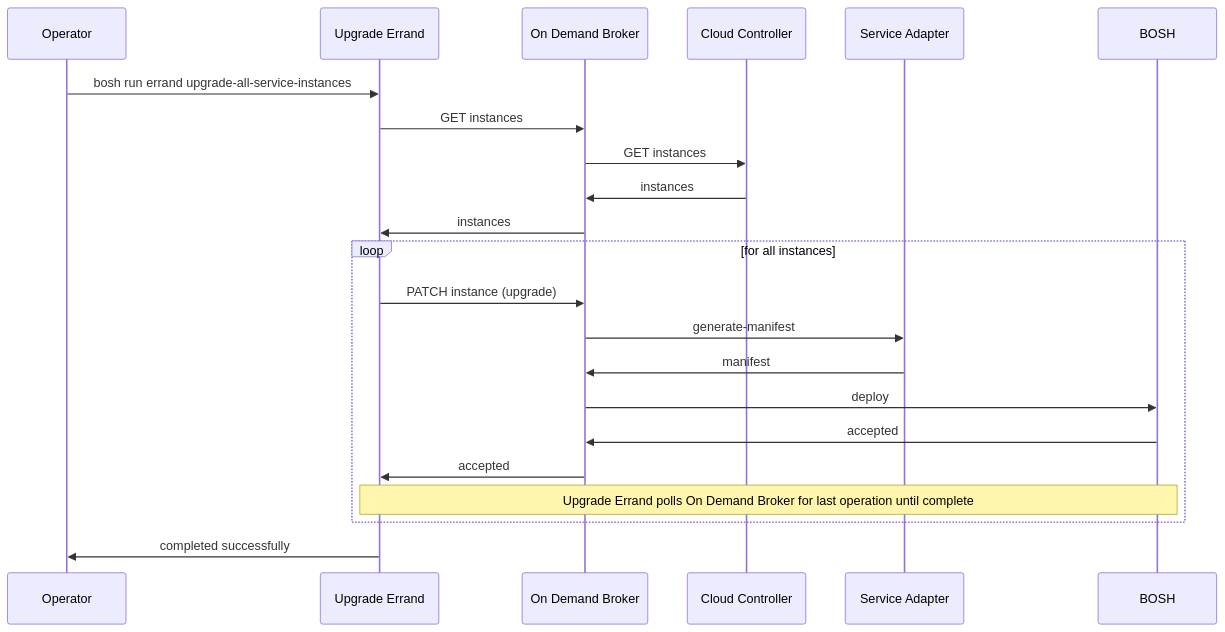
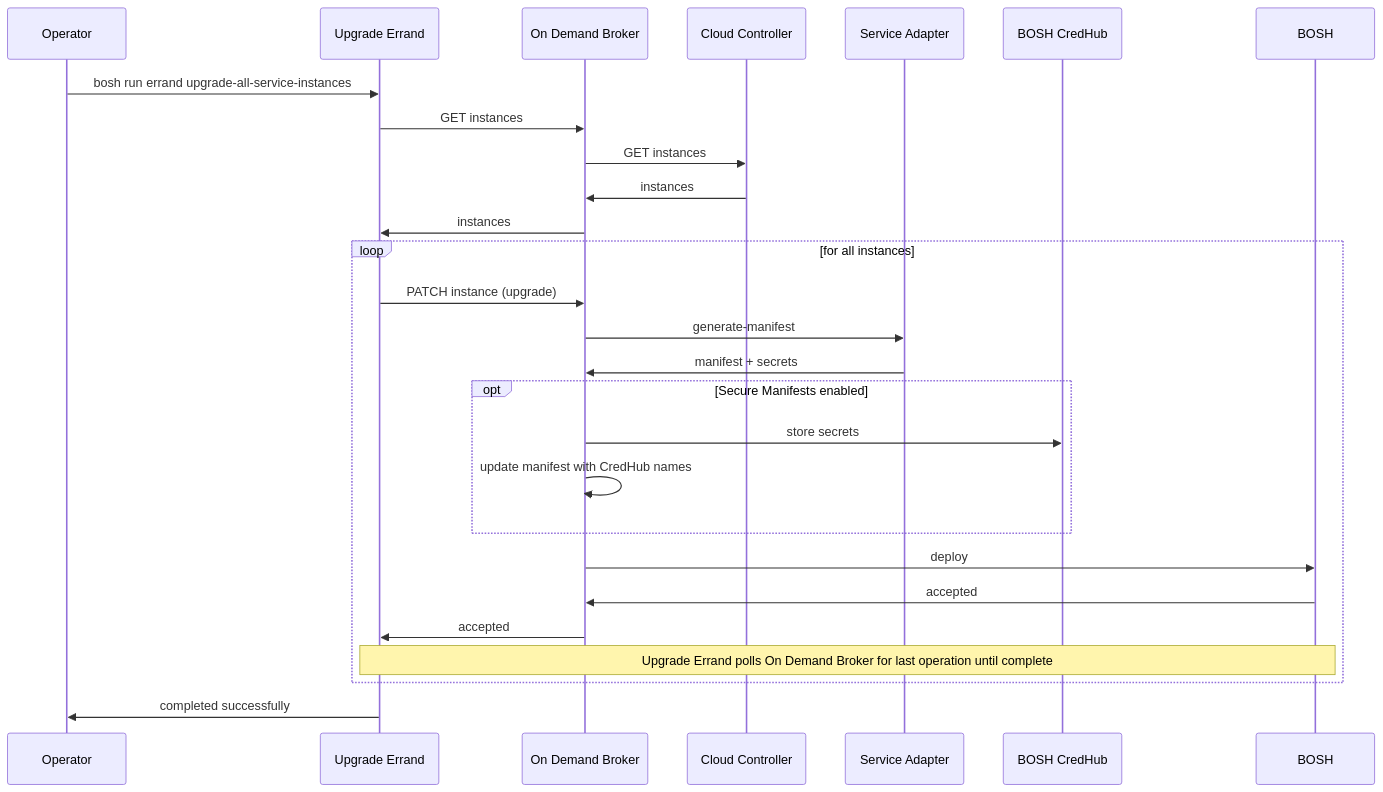
Before and after one commit to pivotal-cf/docs-on-demand-service-broker: the diagram in mmd/upgrade_all_instances_workflow.mmd, drawn with Mermaid. The commit also changed 3 other files, not shown here.

First line of the commit message:
Update create/update and upgrade diagrams to include BOSH CredHub interactions

```diff
--- a/mmd/upgrade_all_instances_workflow.mmd
+++ b/mmd/upgrade_all_instances_workflow.mmd
@@ -1,18 +1,22 @@
 <div class="mermaid">
 sequenceDiagram
   Operator->>Upgrade Errand:bosh run errand upgrade-all-service-instances
   Upgrade Errand->>On Demand Broker:GET instances
   On Demand Broker->>Cloud Controller:GET instances
   Cloud Controller->>On Demand Broker:instances
   On Demand Broker->>Upgrade Errand:instances
   loop for all instances
     Upgrade Errand->>On Demand Broker: PATCH instance (upgrade)
     On Demand Broker->>Service Adapter: generate-manifest
-    Service Adapter->>On Demand Broker: manifest
+    Service Adapter->>On Demand Broker: manifest + secrets
+    opt Secure Manifests enabled
+      On Demand Broker->>BOSH CredHub: store secrets
+      On Demand Broker->>On Demand Broker: update manifest with CredHub names
+    end
     On Demand Broker->>BOSH: deploy
     BOSH->>On Demand Broker: accepted
     On Demand Broker->>Upgrade Errand: accepted
     Note over Upgrade Errand,BOSH: Upgrade Errand polls On Demand Broker for last operation until complete
   end
   Upgrade Errand->>Operator:completed successfully
 </div>
```
